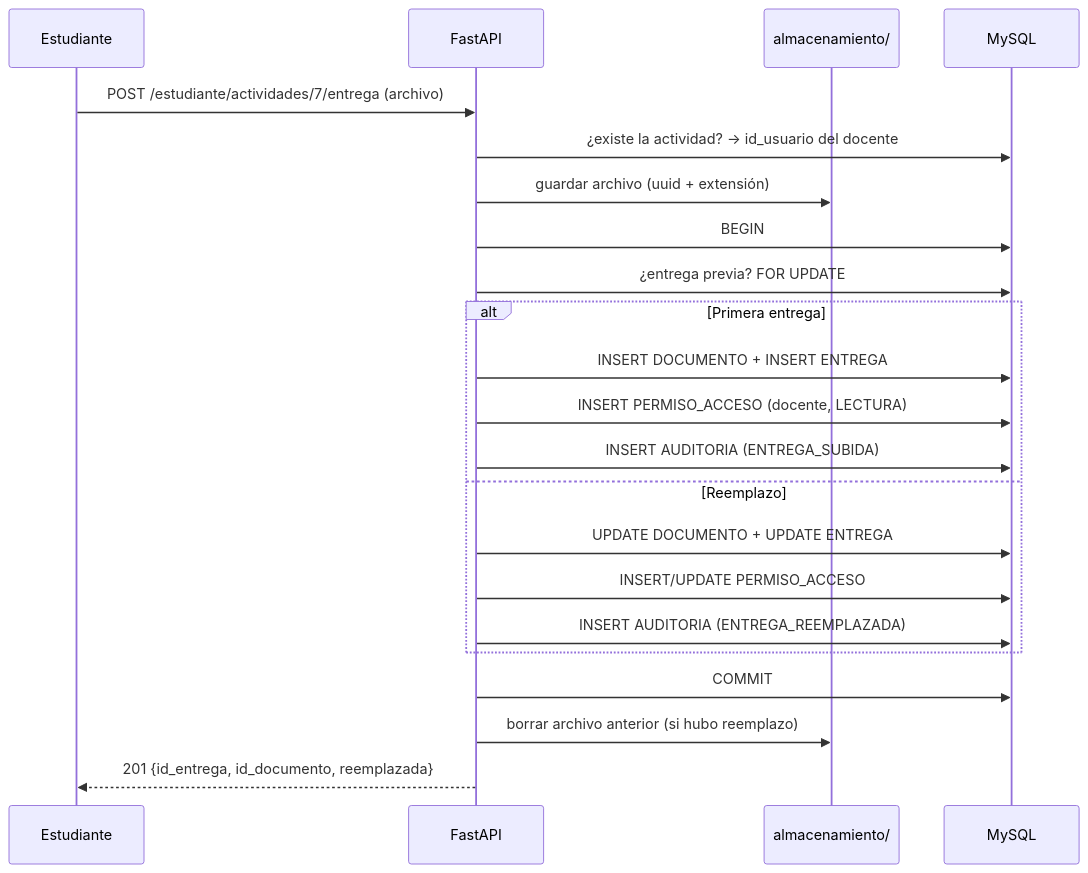
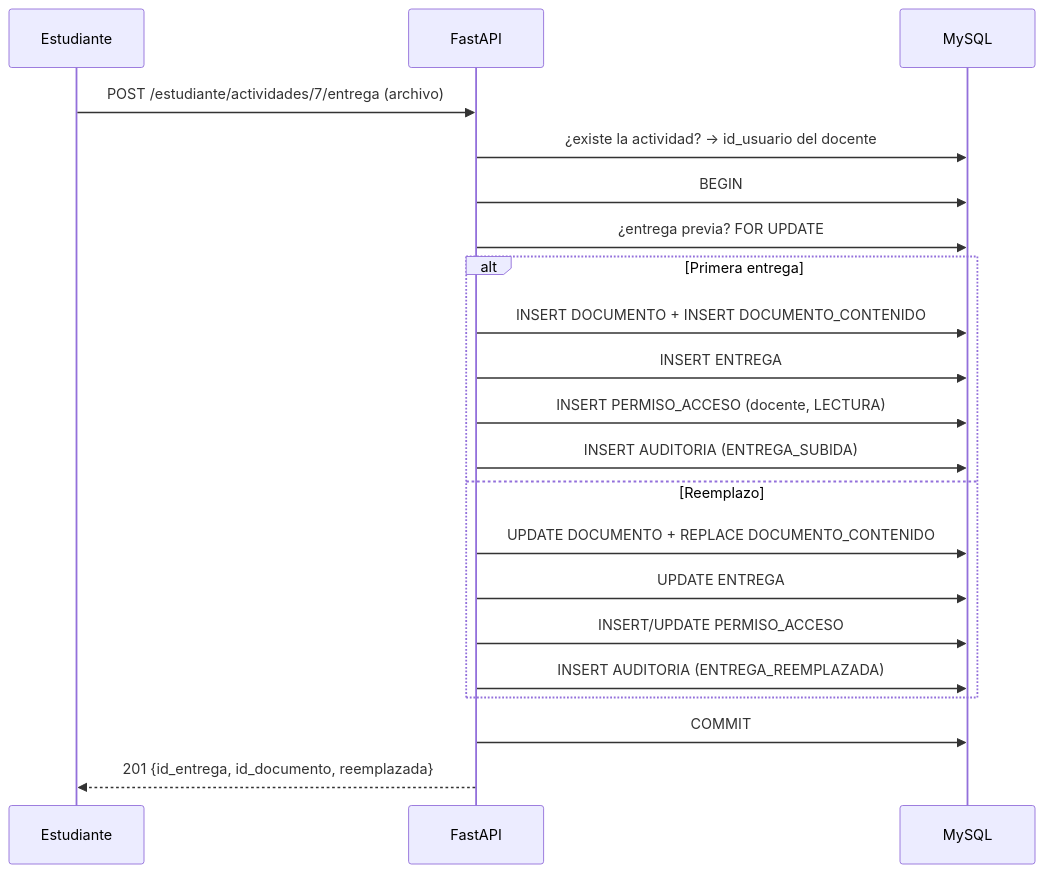
Before and after one commit to pollitoconpapass/red_educativa_proyecto: the third of 3 diagrams in docs/diseno_api.md, drawn with Mermaid. The commit also changed other lines of this file and 10 other files, not shown here.

````diff
--- a/docs/diseno_api.md
+++ b/docs/diseno_api.md
@@ -141,25 +140,24 @@
 ```mermaid
 sequenceDiagram
     participant E as Estudiante
     participant API as FastAPI
-    participant FS as almacenamiento/
     participant DB as MySQL
 
     E->>API: POST /estudiante/actividades/7/entrega (archivo)
     API->>DB: ¿existe la actividad? → id_usuario del docente
-    API->>FS: guardar archivo (uuid + extensión)
     API->>DB: BEGIN
     API->>DB: ¿entrega previa? FOR UPDATE
     alt Primera entrega
-        API->>DB: INSERT DOCUMENTO + INSERT ENTREGA
+        API->>DB: INSERT DOCUMENTO + INSERT DOCUMENTO_CONTENIDO
+        API->>DB: INSERT ENTREGA
         API->>DB: INSERT PERMISO_ACCESO (docente, LECTURA)
         API->>DB: INSERT AUDITORIA (ENTREGA_SUBIDA)
     else Reemplazo
-        API->>DB: UPDATE DOCUMENTO + UPDATE ENTREGA
+        API->>DB: UPDATE DOCUMENTO + REPLACE DOCUMENTO_CONTENIDO
+        API->>DB: UPDATE ENTREGA
         API->>DB: INSERT/UPDATE PERMISO_ACCESO
         API->>DB: INSERT AUDITORIA (ENTREGA_REEMPLAZADA)
     end
     API->>DB: COMMIT
-    API->>FS: borrar archivo anterior (si hubo reemplazo)
     API-->>E: 201 {id_entrega, id_documento, reemplazada}
 ```
````
